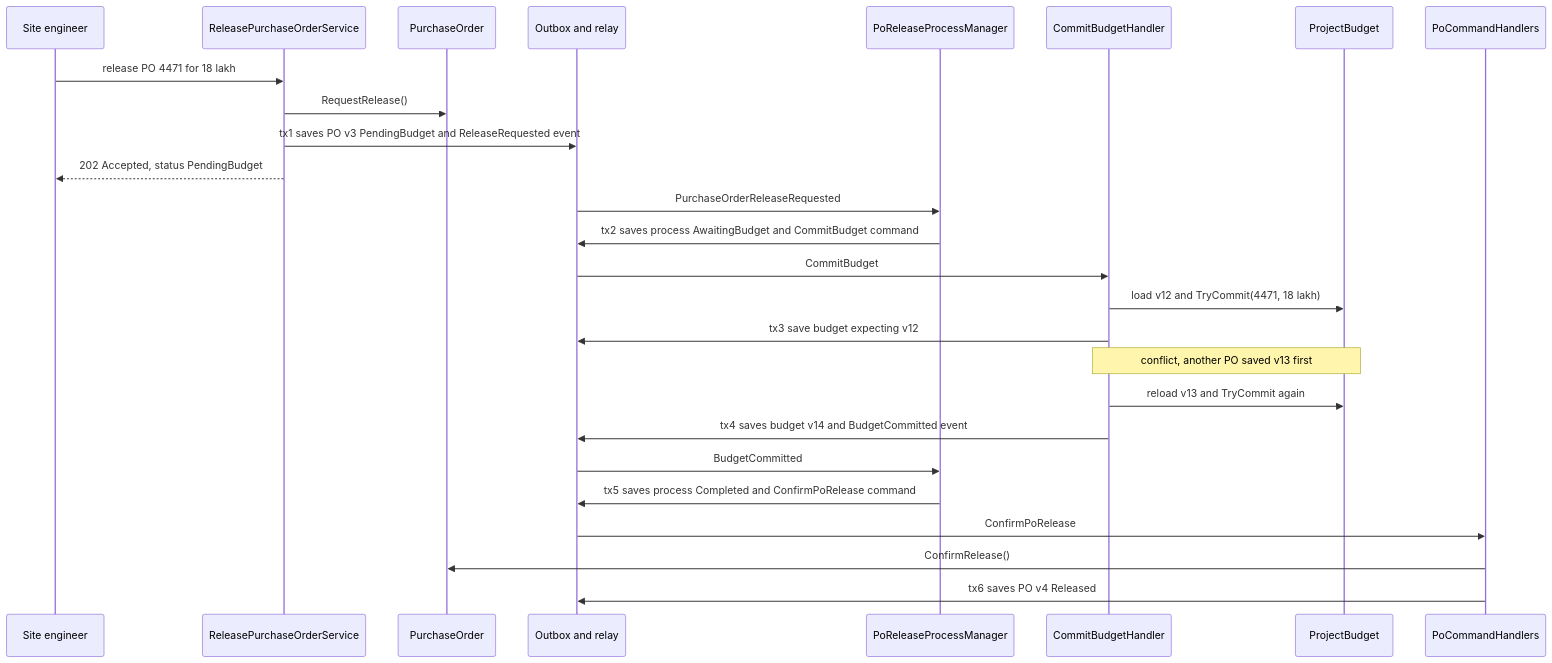
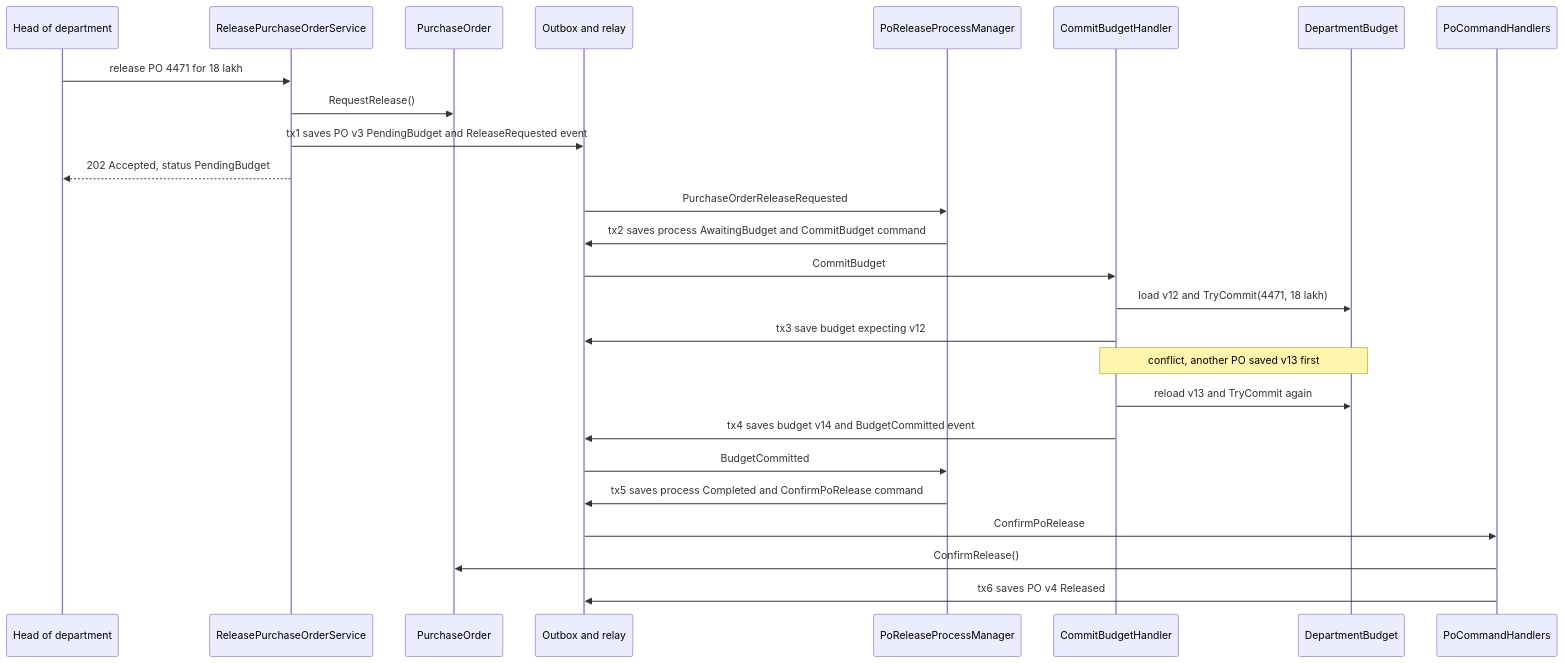
Before and after one commit to rizwi0786/system-design-lab: the second of 2 diagrams in content/lessons/m08/m08-transaction-boundaries.md, drawn with Mermaid. The commit also changed other lines of this file and 334 other files, not shown here.

````diff
--- a/content/lessons/m08/m08-transaction-boundaries.md
+++ b/content/lessons/m08/m08-transaction-boundaries.md
@@ -240,28 +240,28 @@
 ```mermaid
 sequenceDiagram
-    participant U as Site engineer
+    participant U as Head of department
     participant App as ReleasePurchaseOrderService
     participant PO as PurchaseOrder
     participant OB as Outbox and relay
     participant PM as PoReleaseProcessManager
     participant BH as CommitBudgetHandler
-    participant B as ProjectBudget
+    participant B as DepartmentBudget
     participant PH as PoCommandHandlers
     U->>App: release PO 4471 for 18 lakh
     App->>PO: RequestRelease()
     App->>OB: tx1 saves PO v3 PendingBudget and ReleaseRequested event
     App-->>U: 202 Accepted, status PendingBudget
     OB->>PM: PurchaseOrderReleaseRequested
     PM->>OB: tx2 saves process AwaitingBudget and CommitBudget command
     OB->>BH: CommitBudget
     BH->>B: load v12 and TryCommit(4471, 18 lakh)
     BH->>OB: tx3 save budget expecting v12
     Note over BH,B: conflict, another PO saved v13 first
     BH->>B: reload v13 and TryCommit again
     BH->>OB: tx4 saves budget v14 and BudgetCommitted event
     OB->>PM: BudgetCommitted
     PM->>OB: tx5 saves process Completed and ConfirmPoRelease command
     OB->>PH: ConfirmPoRelease
     PH->>PO: ConfirmRelease()
     PH->>OB: tx6 saves PO v4 Released
 ```
````
